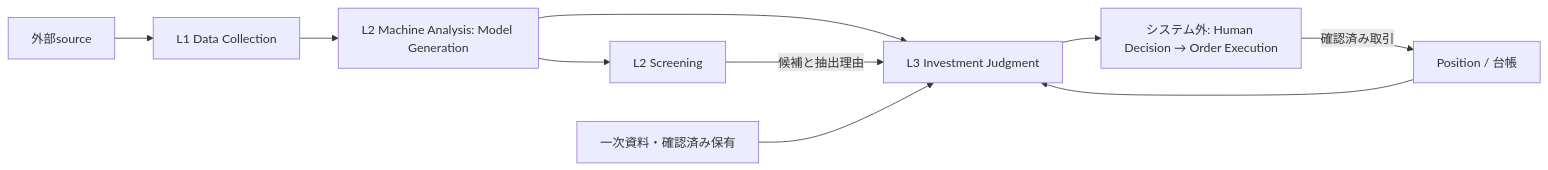
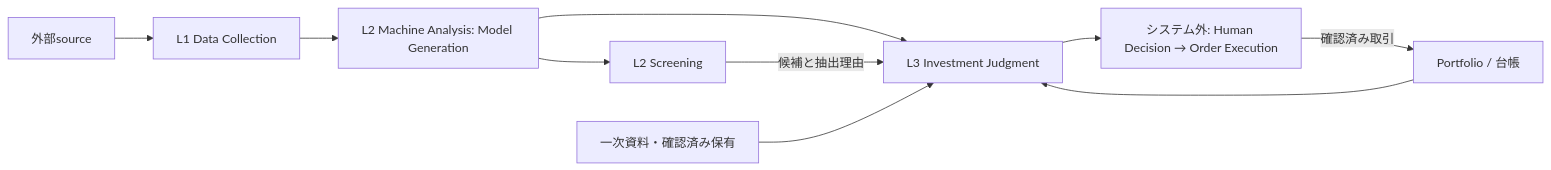
Before and after one commit to koumatsumoto/baibai-loop: the diagram in docs/architecture.md, drawn with Mermaid. The commit also changed other lines of this file and 6 other files, not shown here.

````diff
--- a/docs/architecture.md
+++ b/docs/architecture.md
@@ -7,11 +9,11 @@
 ```mermaid
 flowchart LR
     S[外部source] --> C[L1 Data Collection]
     C --> M[L2 Machine Analysis: Model Generation]
     M --> F[L2 Screening]
     M --> J[L3 Investment Judgment]
     F -->|候補と抽出理由| J
     I[一次資料・確認済み保有] --> J
     J --> H[システム外: Human Decision → Order Execution]
-    H -->|確認済み取引| P[Position / 台帳] --> J
+    H -->|確認済み取引| P[Portfolio / 台帳] --> J
 ```
````
